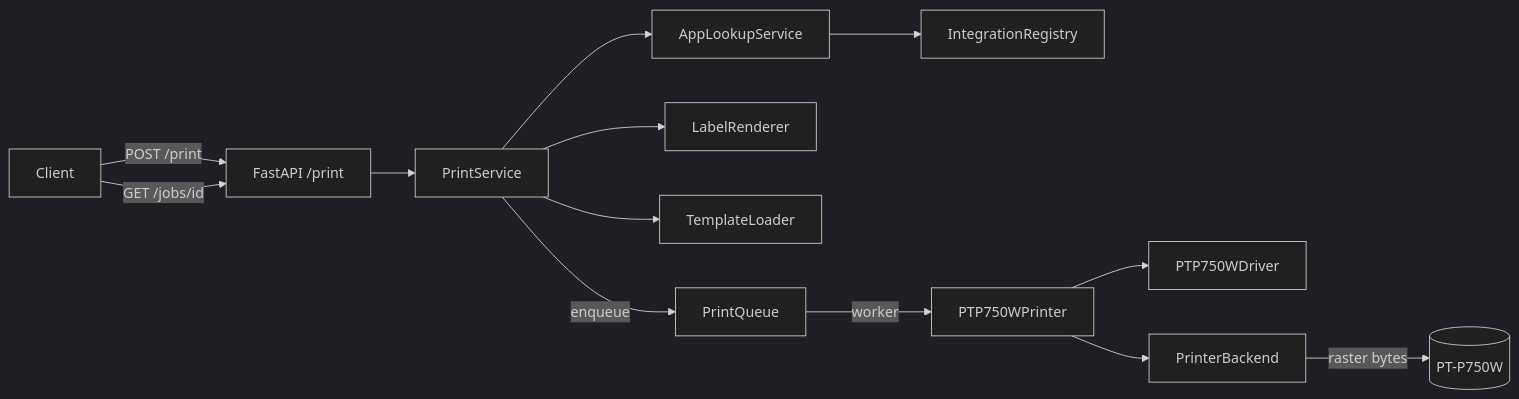
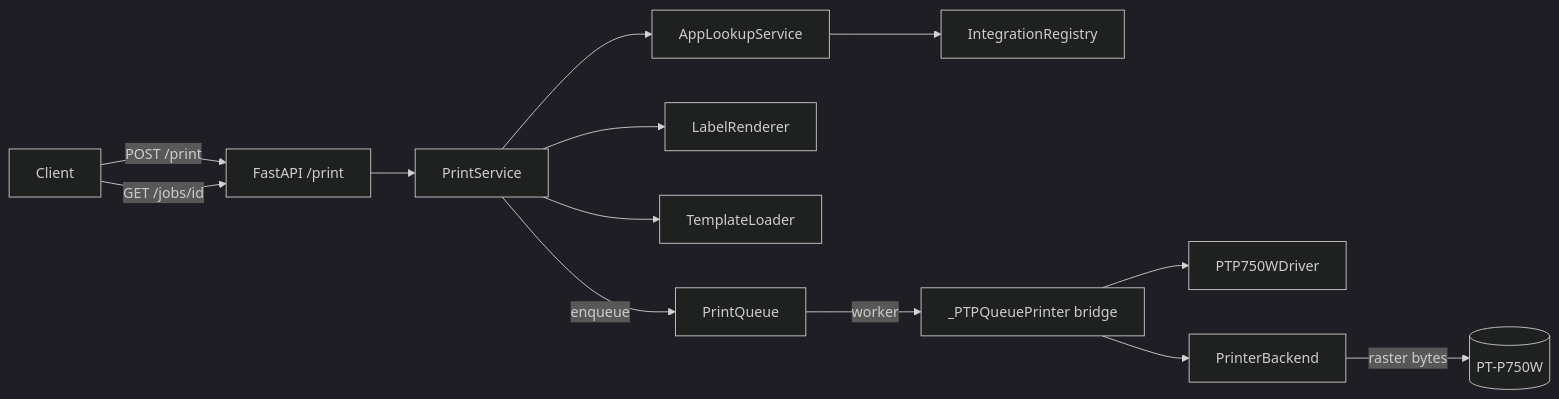
One commit to strausmann/Label-Printer-Hub changed the diagram in docs/designs/2026-05-15-first-print.md. Above: the diagram before and after it, drawn with Mermaid (dark theme). The commit also changed other lines of this file, not shown here.

````diff
--- a/docs/designs/2026-05-15-first-print.md
+++ b/docs/designs/2026-05-15-first-print.md
@@ -43,27 +43,27 @@
 ```mermaid
 flowchart LR
     Client[Client]
     API[FastAPI /print]
     PS[PrintService]
     AL[AppLookupService]
     REG[IntegrationRegistry]
     LR[LabelRenderer]
     TL[TemplateLoader]
     PQ[PrintQueue]
-    PR[PTP750WPrinter]
+    PR[_PTPQueuePrinter bridge]
     DR[PTP750WDriver]
     BE[PrinterBackend]
     HW[(PT-P750W)]
 
     Client -->|POST /print| API
     API --> PS
     PS --> AL --> REG
     PS --> TL
     PS --> LR
     PS -->|enqueue| PQ
     PQ -->|worker| PR
     PR --> DR
     PR --> BE
     BE -->|raster bytes| HW
     Client -->|GET /jobs/id| API
 ```
````
